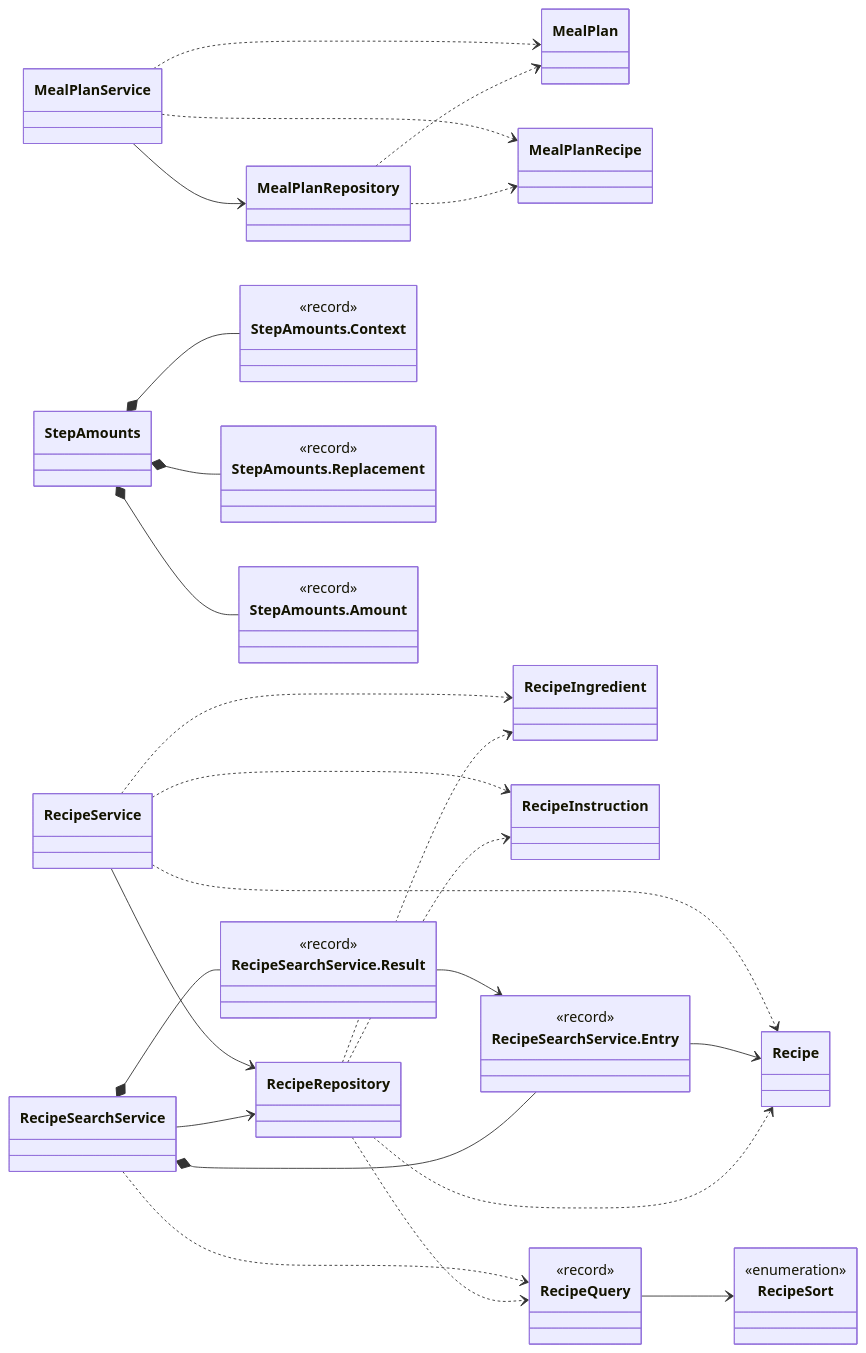
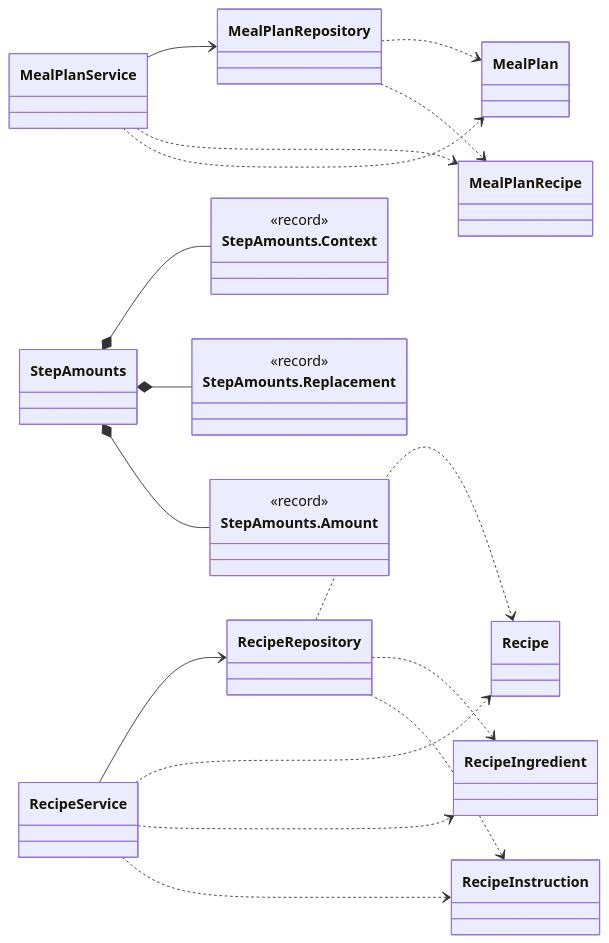
The first of 14 diagrams in docs/classes/mealplanner.md (Nate-ryan-7690/dahaem), drawn with Mermaid before and after one commit. The commit also changed other lines of this file and 7 other files, not shown here.

````diff
--- a/docs/classes/mealplanner.md
+++ b/docs/classes/mealplanner.md
@@ -11,59 +11,38 @@
 ```mermaid
 classDiagram
     direction LR
     class mealplanner_MealPlan["MealPlan"]
     class mealplanner_MealPlanRecipe["MealPlanRecipe"]
     class mealplanner_MealPlanRepository["MealPlanRepository"]
     class mealplanner_MealPlanService["MealPlanService"]
     class mealplanner_Recipe["Recipe"]
     class mealplanner_RecipeIngredient["RecipeIngredient"]
     class mealplanner_RecipeInstruction["RecipeInstruction"]
-    class mealplanner_RecipeQuery["RecipeQuery"] {
-        <<record>>
-    }
     class mealplanner_RecipeRepository["RecipeRepository"]
-    class mealplanner_RecipeSearchService["RecipeSearchService"]
-    class mealplanner_RecipeSearchService_Entry["RecipeSearchService.Entry"] {
-        <<record>>
-    }
-    class mealplanner_RecipeSearchService_Result["RecipeSearchService.Result"] {
-        <<record>>
-    }
     class mealplanner_RecipeService["RecipeService"]
-    class mealplanner_RecipeSort["RecipeSort"] {
-        <<enumeration>>
-    }
     class mealplanner_StepAmounts["StepAmounts"]
     class mealplanner_StepAmounts_Context["StepAmounts.Context"] {
         <<record>>
     }
     class mealplanner_StepAmounts_Replacement["StepAmounts.Replacement"] {
         <<record>>
     }
     class mealplanner_StepAmounts_Amount["StepAmounts.Amount"] {
         <<record>>
     }
     mealplanner_MealPlanRepository ..> mealplanner_MealPlan
     mealplanner_MealPlanRepository ..> mealplanner_MealPlanRecipe
     mealplanner_MealPlanService --> mealplanner_MealPlanRepository
     mealplanner_MealPlanService ..> mealplanner_MealPlanRecipe
     mealplanner_MealPlanService ..> mealplanner_MealPlan
-    mealplanner_RecipeQuery --> mealplanner_RecipeSort
     mealplanner_RecipeRepository ..> mealplanner_Recipe
     mealplanner_RecipeRepository ..> mealplanner_RecipeIngredient
     mealplanner_RecipeRepository ..> mealplanner_RecipeInstruction
-    mealplanner_RecipeRepository ..> mealplanner_RecipeQuery
-    mealplanner_RecipeSearchService *-- mealplanner_RecipeSearchService_Entry
-    mealplanner_RecipeSearchService *-- mealplanner_RecipeSearchService_Result
-    mealplanner_RecipeSearchService --> mealplanner_RecipeRepository
-    mealplanner_RecipeSearchService ..> mealplanner_RecipeQuery
-    mealplanner_RecipeSearchService_Entry --> mealplanner_Recipe
-    mealplanner_RecipeSearchService_Result --> mealplanner_RecipeSearchService_Entry
     mealplanner_RecipeService --> mealplanner_RecipeRepository
     mealplanner_RecipeService ..> mealplanner_Recipe
     mealplanner_RecipeService ..> mealplanner_RecipeIngredient
     mealplanner_RecipeService ..> mealplanner_RecipeInstruction
     mealplanner_StepAmounts *-- mealplanner_StepAmounts_Context
     mealplanner_StepAmounts *-- mealplanner_StepAmounts_Replacement
     mealplanner_StepAmounts *-- mealplanner_StepAmounts_Amount
 ```
````
